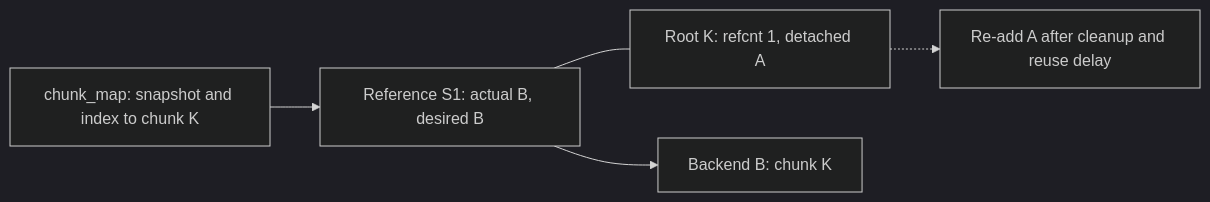
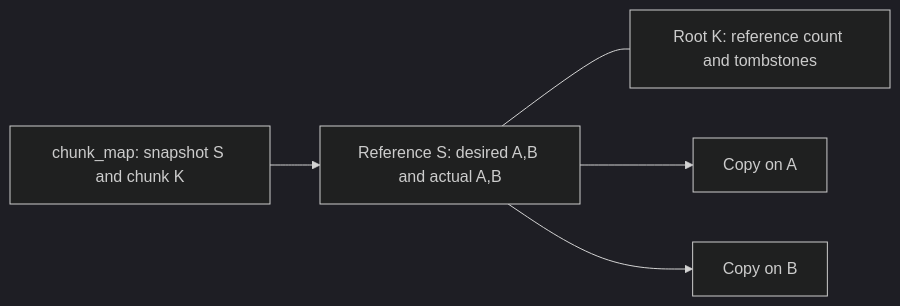
One commit to ydb-platform/nbs changed the second of 10 diagrams in doc/disk_manager/chunk_storage/design_doc.md. Above: the diagram before and after it, drawn with Mermaid (dark theme). The commit also changed other lines of this file, not shown here.

````diff
--- a/doc/disk_manager/chunk_storage/design_doc.md
+++ b/doc/disk_manager/chunk_storage/design_doc.md
@@ -101,7 +81,7 @@
 ```mermaid
 flowchart LR
-    Map["chunk_map: snapshot and index to chunk K"] --> Ref["Reference S1: actual B, desired B"]
-    Ref --- Root["Root K: refcnt 1, detached A"]
-    Ref --> B["Backend B: chunk K"]
-    Root -.-> Denied["Re-add A after cleanup and reuse delay"]
+    Map["chunk_map: snapshot S and chunk K"] --> Ref["Reference S: desired A,B and actual A,B"]
+    Ref --- Root["Root K: reference count and tombstones"]
+    Ref --> A[Copy on A]
+    Ref --> B[Copy on B]
 ```
````
